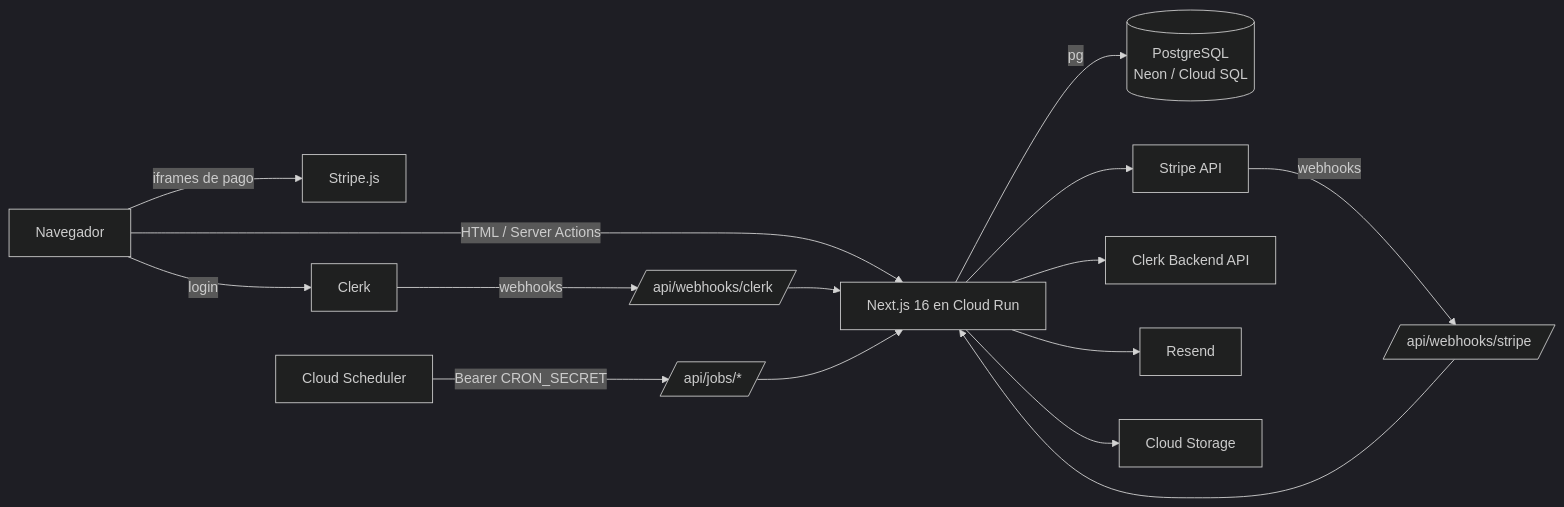
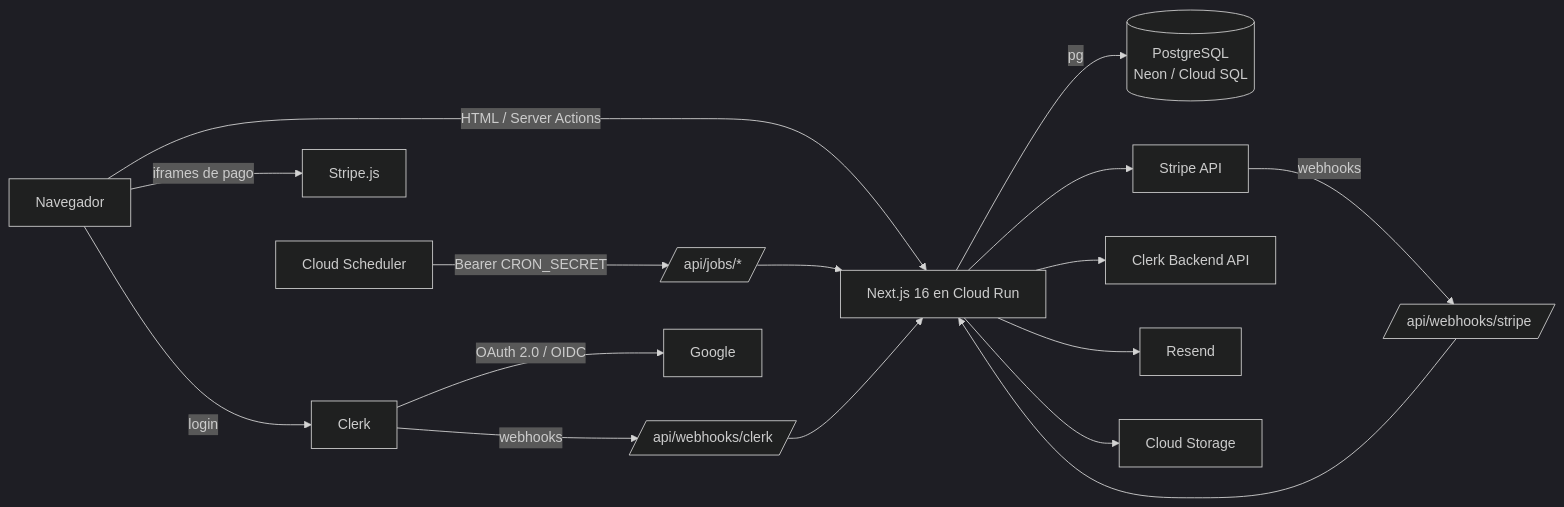
One commit to ronalehm/ticketera-app changed the first of 2 diagrams in docs/architecture/system-design.md. Above: the diagram before and after it, drawn with Mermaid (dark theme). The commit also changed other lines of this file and 1 other file, not shown here.

Commit message:
docs(architecture): Google sign-in through Clerk

````diff
--- a/docs/architecture/system-design.md
+++ b/docs/architecture/system-design.md
@@ -68,17 +68,18 @@
 ```mermaid
 flowchart LR
   B[Navegador] -->|HTML / Server Actions| N[Next.js 16 en Cloud Run]
   B -->|iframes de pago| SJ[Stripe.js]
   B -->|login| CK[Clerk]
+  CK -->|OAuth 2.0 / OIDC| GO[Google]
   N -->|pg| DB[(PostgreSQL<br/>Neon / Cloud SQL)]
   N --> ST[Stripe API]
   N --> CKA[Clerk Backend API]
   N --> RS[Resend]
   N --> GCS[Cloud Storage]
   ST -->|webhooks| WH[/api/webhooks/stripe/]
   CK -->|webhooks| WC[/api/webhooks/clerk/]
   SCH[Cloud Scheduler] -->|Bearer CRON_SECRET| JB[/api/jobs/*/]
   WH --> N
   WC --> N
   JB --> N
 ```
````
